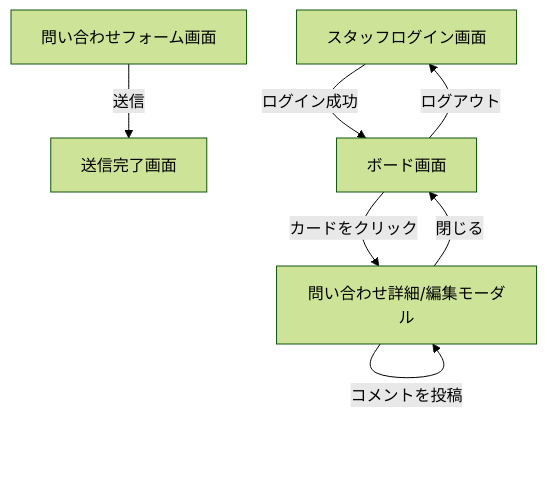
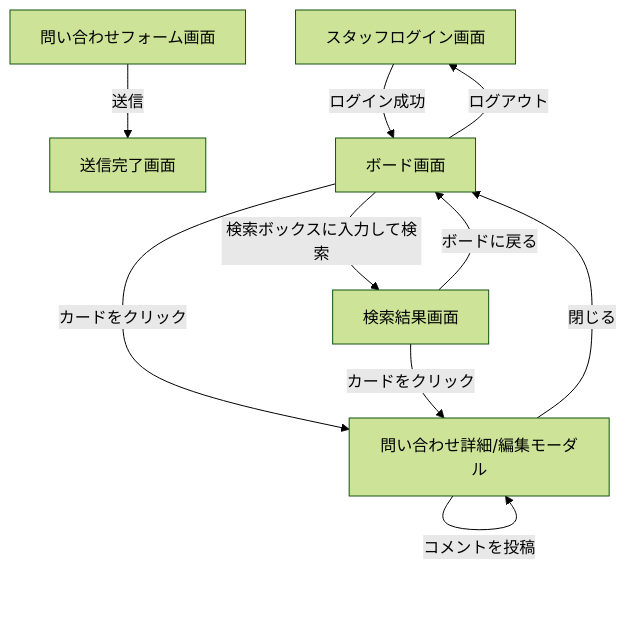
One commit to chisato-hira/inquiry-management changed the diagram in docs/screen-design.md. Above: the diagram before and after it, drawn with Mermaid (forest theme). The commit also changed other lines of this file and 2 other files, not shown here.

````diff
--- a/docs/screen-design.md
+++ b/docs/screen-design.md
@@ -17,10 +18,13 @@
 ```mermaid
 graph TD
     A[問い合わせフォーム画面] -->|送信| B[送信完了画面]
     C[スタッフログイン画面] -->|ログイン成功| D[ボード画面]
     D -->|カードをクリック| E[問い合わせ詳細/編集モーダル]
     E -->|閉じる| D
     E -->|ステータス/優先度/担当者を変更| E
     E -->|コメントを投稿| E
+    D -->|検索ボックスに入力して検索| F[検索結果画面]
+    F -->|カードをクリック| E
+    F -->|ボードに戻る| D
     D -->|ログアウト| C
 ```
````
